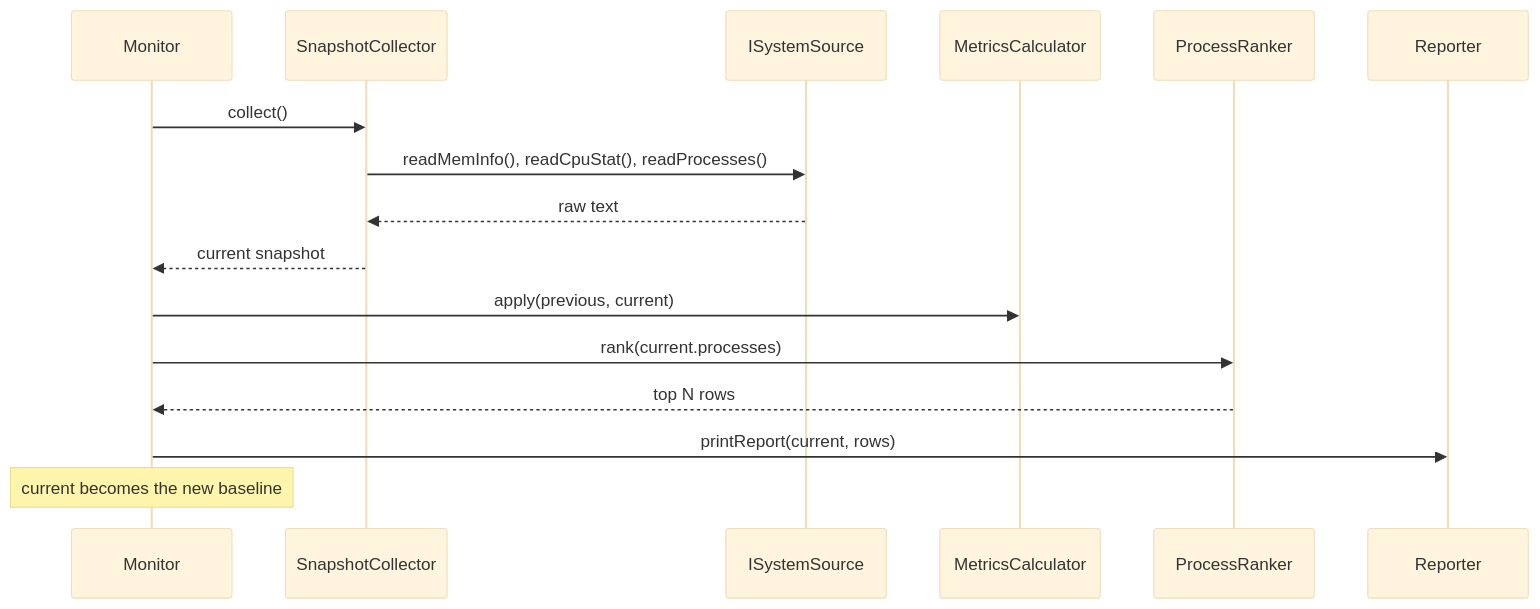
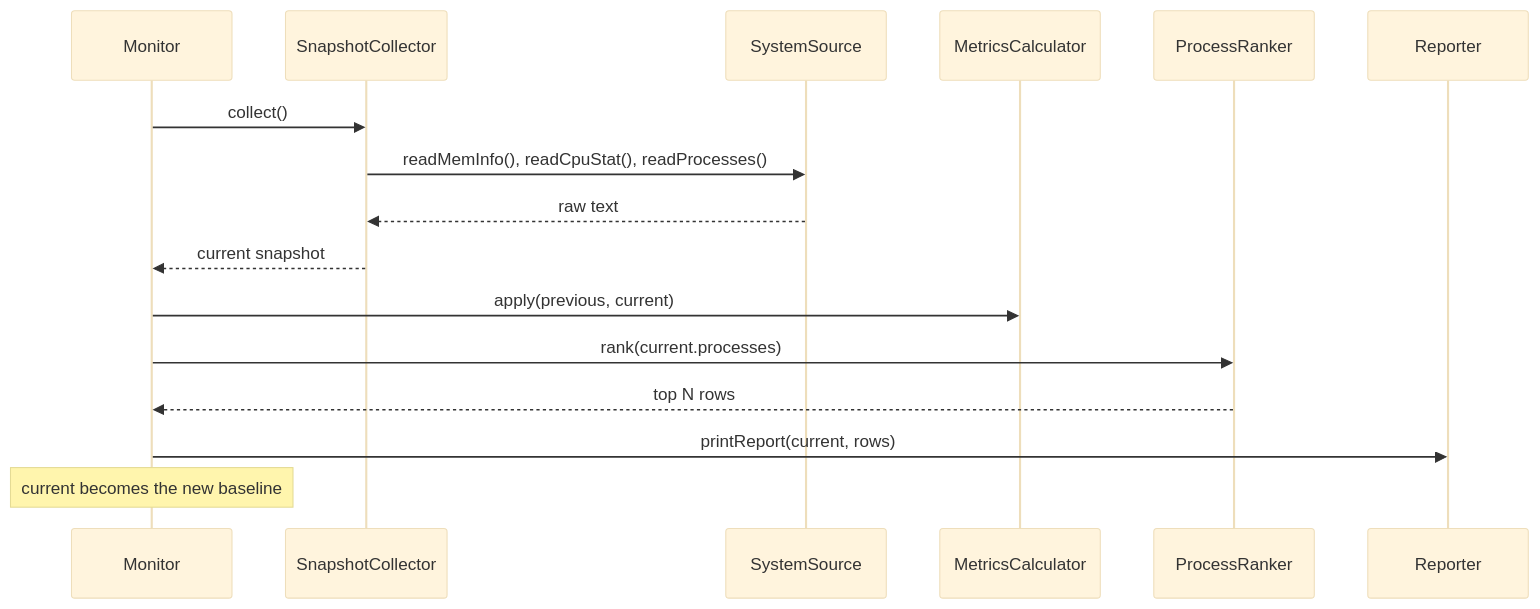
One commit to aidenpoynor/3460-Course-Project changed the second of 2 diagrams in design.md. Above: the diagram before and after it, drawn with Mermaid (base theme). The commit also changed other lines of this file, not shown here.

````diff
--- a/design.md
+++ b/design.md
@@ -140,19 +140,19 @@
 ```mermaid
 sequenceDiagram
     participant M as Monitor
     participant SC as SnapshotCollector
-    participant Src as ISystemSource
+    participant Src as SystemSource
     participant MC as MetricsCalculator
     participant R as ProcessRanker
     participant Rep as Reporter
 
     M->>SC: collect()
     SC->>Src: readMemInfo(), readCpuStat(), readProcesses()
     Src-->>SC: raw text
     SC-->>M: current snapshot
     M->>MC: apply(previous, current)
     M->>R: rank(current.processes)
     R-->>M: top N rows
     M->>Rep: printReport(current, rows)
     Note over M: current becomes the new baseline
 ```
````
